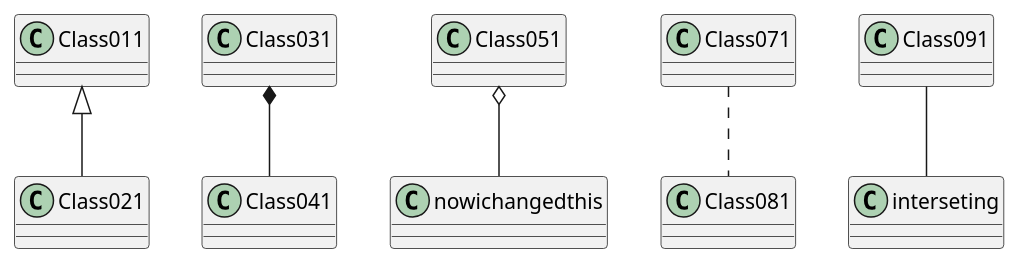
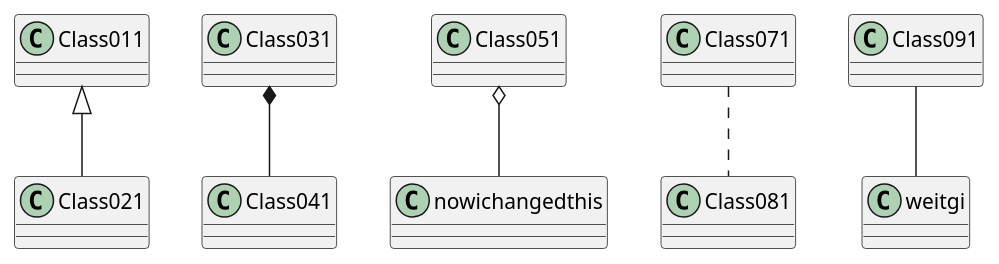
The diagram in meilenstein_03/sub/pumltest2.puml (weichware10/meilensteine), drawn with PlantUML before and after one commit.

```diff
--- a/meilenstein_03/sub/pumltest2.puml
+++ b/meilenstein_03/sub/pumltest2.puml
@@ -1,7 +1,7 @@
 @startuml test
 Class011 <|-- Class021
 Class031 *-- Class041
 Class051 o-- nowichangedthis
 Class071 .. Class081
-Class091 -- interseting
+Class091 -- weitgi
 @enduml
```
